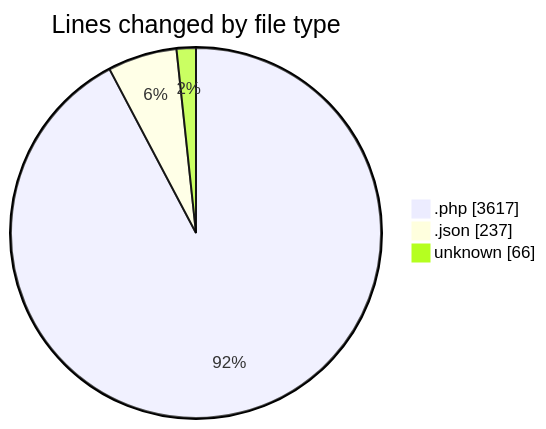
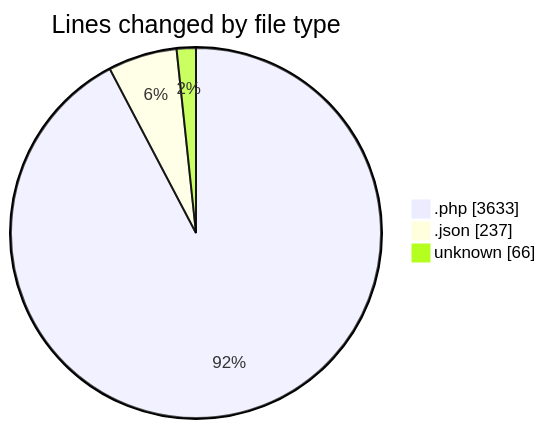
One commit to idhammustaqopulfikri/code-tracking changed the first of 2 diagrams in 2025-06-06/sewa-mobil/README.md. Above: the diagram before and after it, drawn with Mermaid. The commit also changed other lines of this file and 1 other file, not shown here.

````diff
--- a/2025-06-06/sewa-mobil/README.md
+++ b/2025-06-06/sewa-mobil/README.md
@@ -33,7 +33,7 @@
 ```mermaid
 pie showData
 title Lines changed by file type
-".php" : 3617
+".php" : 3633
 ".json" : 237
 "unknown" : 66
 ```
````
